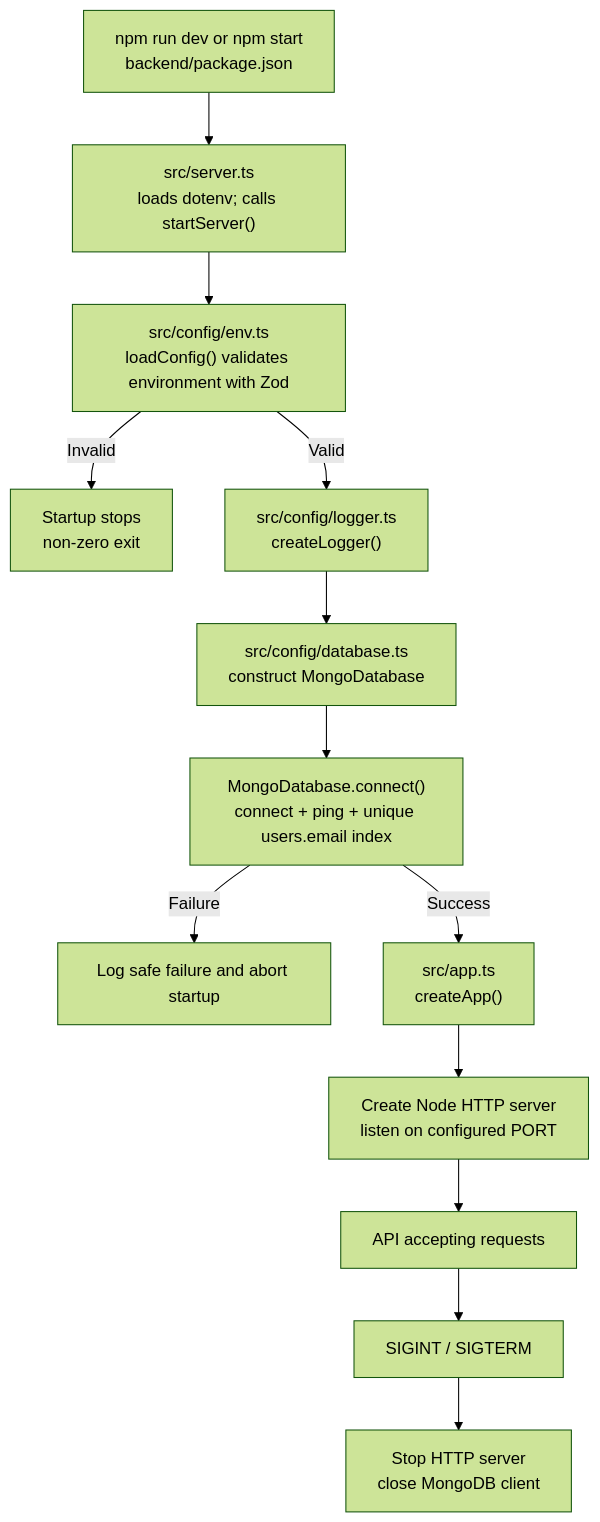
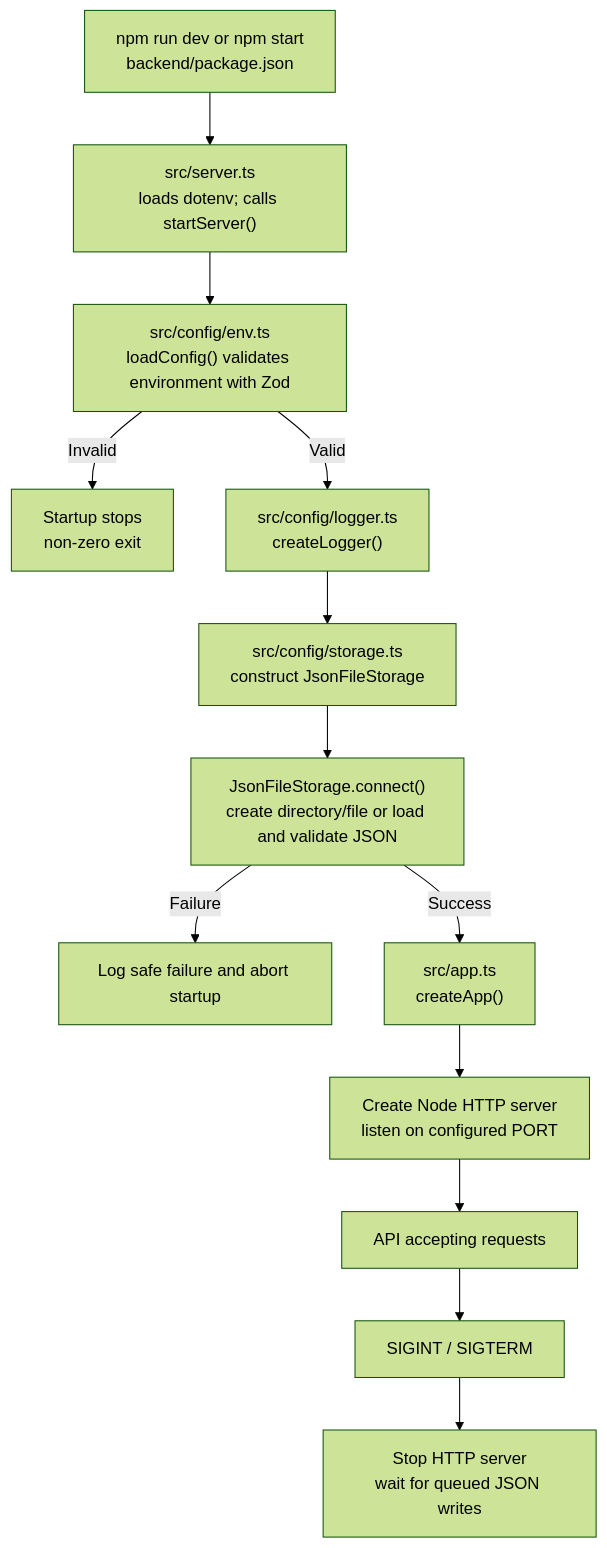
The first of 2 diagrams in backend/phasethree.md (Nhlamulo-Reply/AI-Bussiness-Analyst-Agent), drawn with Mermaid (forest theme) before and after one commit. The commit also changed other lines of this file and 30 other files, not shown here.

Commit message:
added a temporary json storage

````diff
--- a/backend/phasethree.md
+++ b/backend/phasethree.md
@@ -24,15 +24,15 @@
 ```mermaid
 flowchart TD
     CMD["npm run dev or npm start<br/>backend/package.json"] --> ENTRY["src/server.ts<br/>loads dotenv; calls startServer()"]
     ENTRY --> CONFIG["src/config/env.ts<br/>loadConfig() validates environment with Zod"]
     CONFIG -->|Invalid| CONFIGFAIL["Startup stops<br/>non-zero exit"]
     CONFIG -->|Valid| LOGGER["src/config/logger.ts<br/>createLogger()"]
-    LOGGER --> DB["src/config/database.ts<br/>construct MongoDatabase"]
-    DB --> CONNECT["MongoDatabase.connect()<br/>connect + ping + unique users.email index"]
-    CONNECT -->|Failure| DBFAIL["Log safe failure and abort startup"]
+    LOGGER --> STORE["src/config/storage.ts<br/>construct JsonFileStorage"]
+    STORE --> CONNECT["JsonFileStorage.connect()<br/>create directory/file or load and validate JSON"]
+    CONNECT -->|Failure| STOREFAIL["Log safe failure and abort startup"]
     CONNECT -->|Success| APP["src/app.ts<br/>createApp()"]
     APP --> HTTP["Create Node HTTP server<br/>listen on configured PORT"]
     HTTP --> RUNNING["API accepting requests"]
     RUNNING --> SIGNAL["SIGINT / SIGTERM"]
-    SIGNAL --> CLOSE["Stop HTTP server<br/>close MongoDB client"]
+    SIGNAL --> CLOSE["Stop HTTP server<br/>wait for queued JSON writes"]
 ```
````
